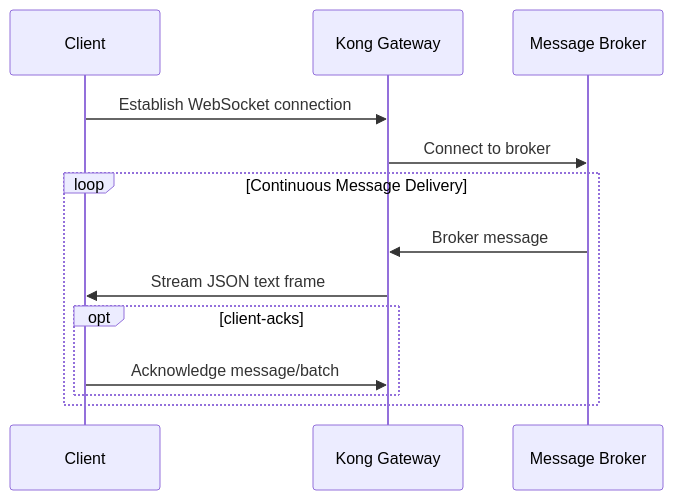
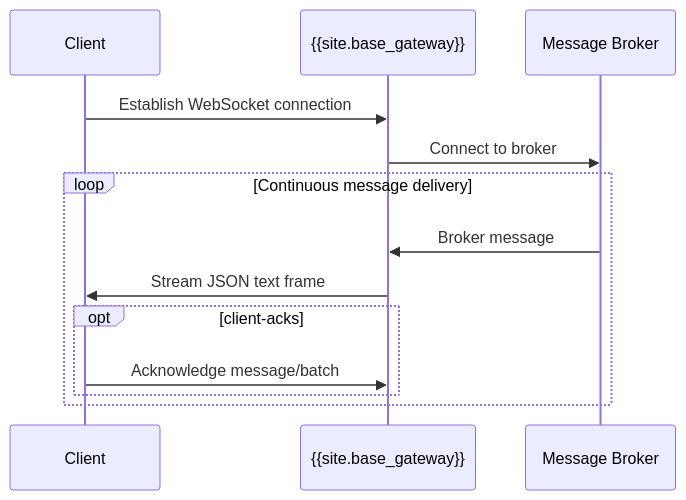
Before and after one commit to Kong/developer.konghq.com: the diagram in app/_includes/plugins/confluent-kafka-consume/websocket.md, drawn with Mermaid.

```diff
--- a/app/_includes/plugins/confluent-kafka-consume/websocket.md
+++ b/app/_includes/plugins/confluent-kafka-consume/websocket.md
@@ -11,19 +11,19 @@
 {% mermaid %}
 sequenceDiagram
     participant Client
-    participant Kong as Kong Gateway
+    participant Kong as {{site.base_gateway}}
     participant Broker as Message Broker
 
     Client->>Kong: Establish WebSocket connection
     Kong->>Broker: Connect to broker
 
-    loop Continuous Message Delivery
+    loop Continuous message delivery
         Broker->>Kong: Broker message
         Kong->>Client: Stream JSON text frame
 
         opt client-acks
             Client->>Kong: Acknowledge message/batch
         end
     end
 
 {% endmermaid %}
```
